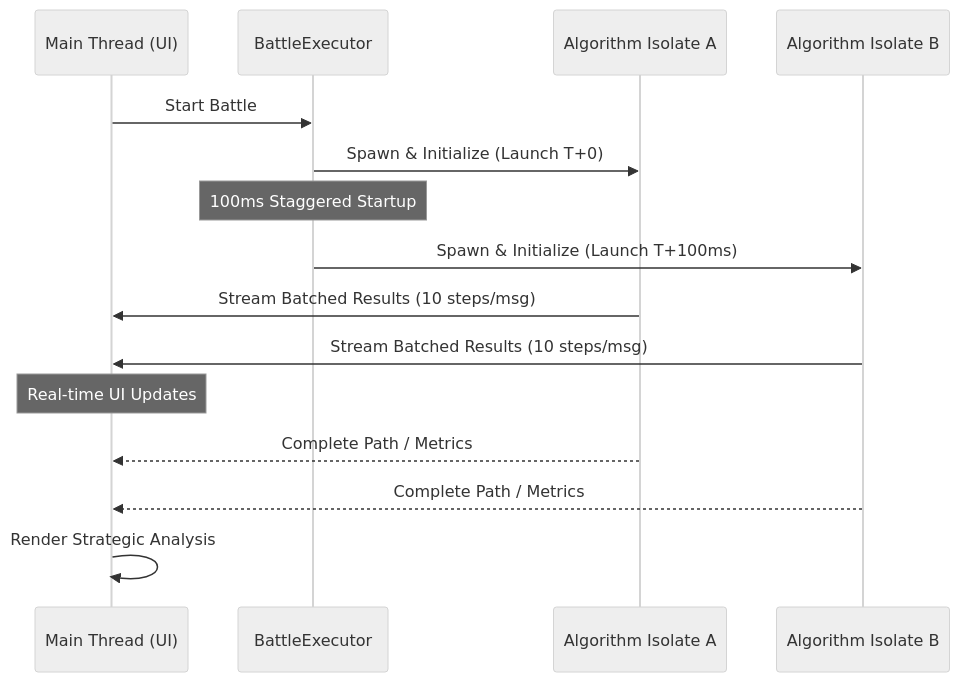
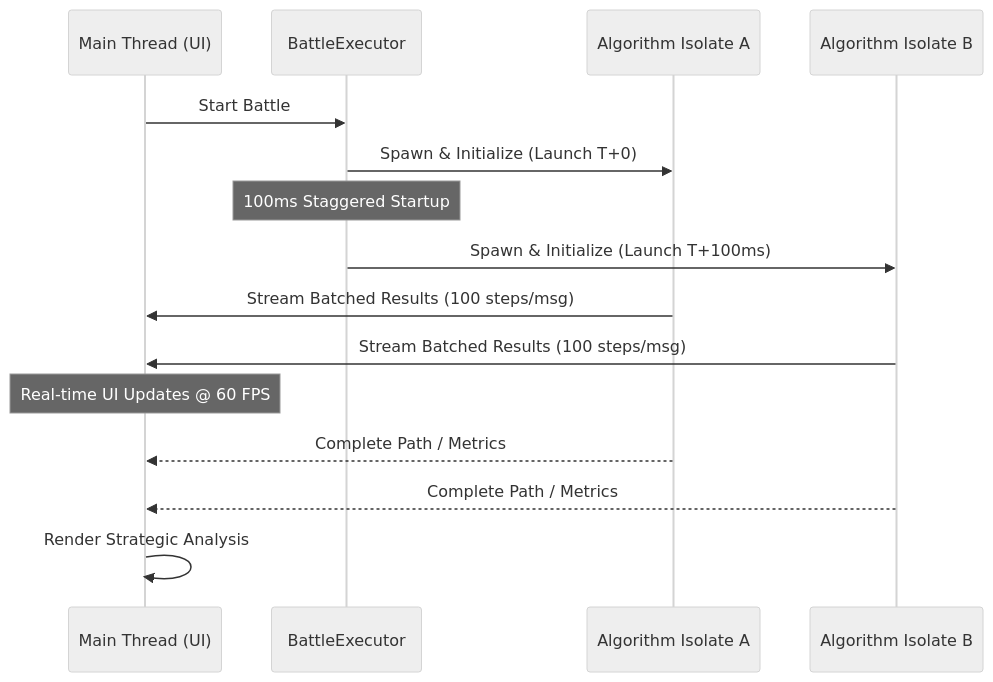
Before and after one commit to Rinav01/ai_algo_arena: the diagram in README.md, drawn with Mermaid (neutral theme). The commit also changed other lines of this file and 11 other files, not shown here.

````diff
--- a/README.md
+++ b/README.md
@@ -36,21 +55,21 @@
 ```mermaid
 sequenceDiagram
     participant UI as Main Thread (UI)
     participant BE as BattleExecutor
     participant IS1 as Algorithm Isolate A
     participant IS2 as Algorithm Isolate B
 
     UI->>BE: Start Battle
     BE->>IS1: Spawn & Initialize (Launch T+0)
     Note over BE: 100ms Staggered Startup
     BE->>IS2: Spawn & Initialize (Launch T+100ms)
     
-    IS1->>UI: Stream Batched Results (10 steps/msg)
-    IS2->>UI: Stream Batched Results (10 steps/msg)
+    IS1->>UI: Stream Batched Results (100 steps/msg)
+    IS2->>UI: Stream Batched Results (100 steps/msg)
     
-    Note over UI: Real-time UI Updates
+    Note over UI: Real-time UI Updates @ 60 FPS
     
     IS1-->>UI: Complete Path / Metrics
     IS2-->>UI: Complete Path / Metrics
     UI->>UI: Render Strategic Analysis
 ```
````
